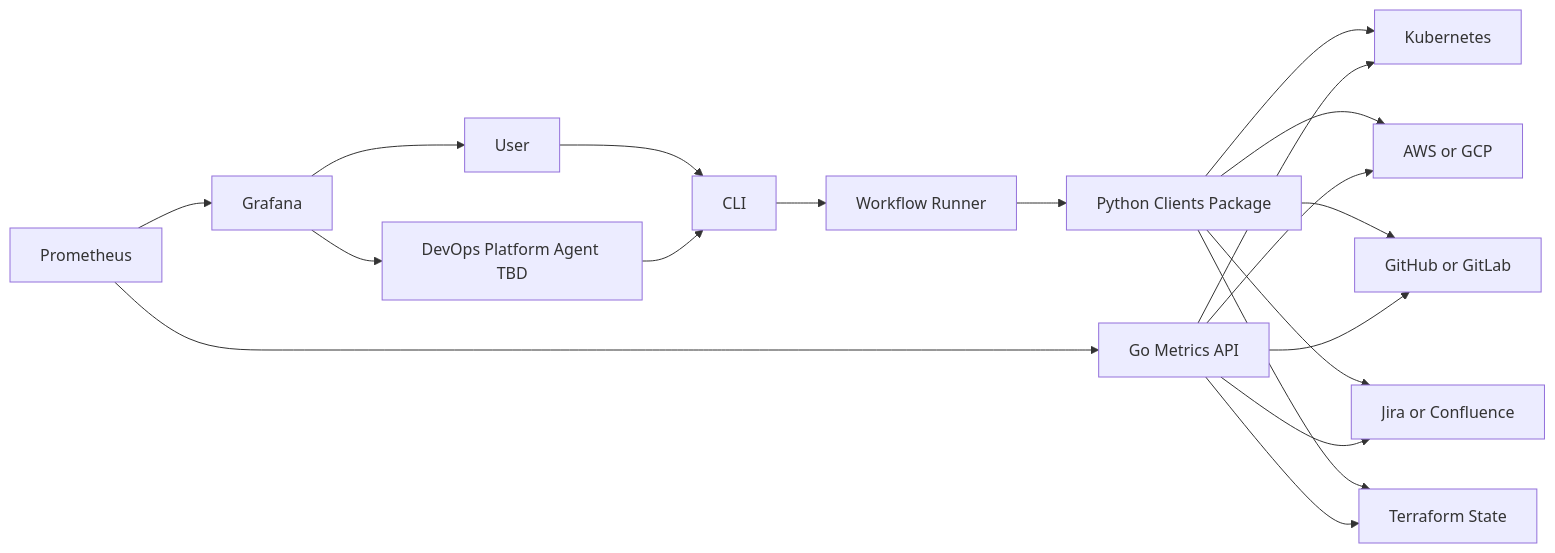
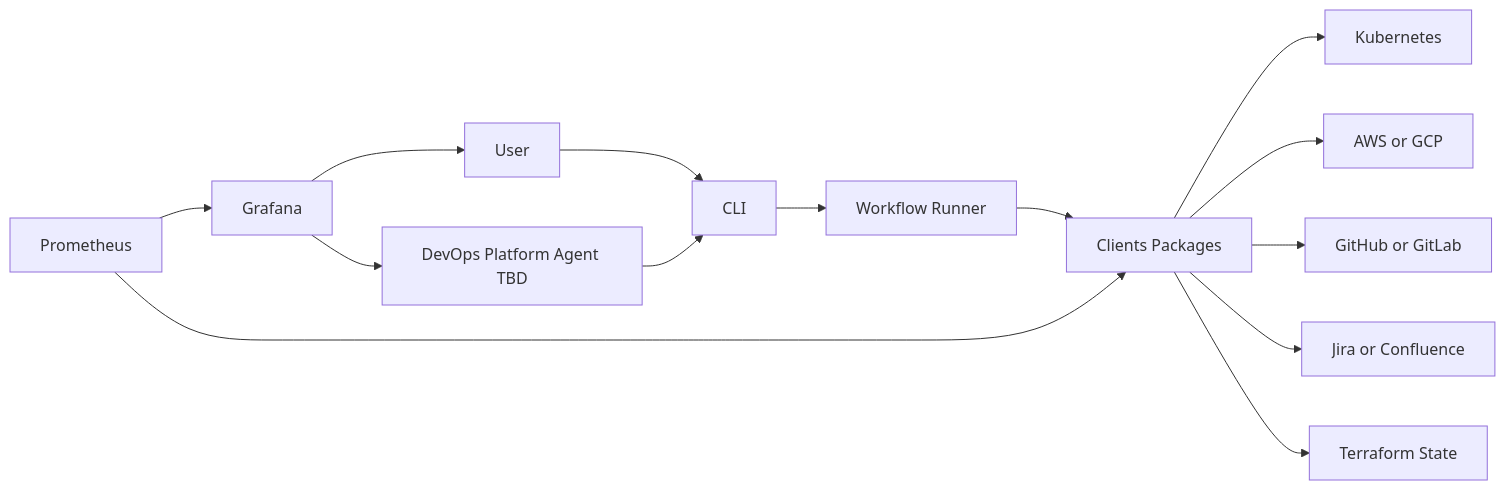
The diagram in Architecture.md (hazemataya94/hape-overview), drawn with Mermaid before and after one commit. The commit also changed other lines of this file, not shown here.

````diff
--- a/Architecture.md
+++ b/Architecture.md
@@ -78,35 +78,29 @@
 ```mermaid
 graph LR
   U[User];
   AG[DevOps Platform Agent TBD];
   CLI[CLI];
   WF[Workflow Runner];
-  PY[Python Clients Package];
-  GO[Go Metrics API];
+  CP[Clients Packages];
   P[Prometheus];
   G[Grafana];
   K[Kubernetes];
   CLOUD[AWS or GCP];
   VCS[GitHub or GitLab];
   WM[Jira or Confluence];
   TF[Terraform State];
 
   U --> CLI;
   AG --> CLI;
   CLI --> WF;
-  WF --> PY;
-  P --> GO;
+  WF --> CP;
+  P --> CP;
   P --> G;
-  PY --> K;
-  PY --> CLOUD;
-  PY --> VCS;
-  PY --> WM;
-  PY --> TF;
-  GO --> K;
-  GO --> CLOUD;
-  GO --> VCS;
-  GO --> WM;
-  GO --> TF;
+  CP --> K;
+  CP --> CLOUD;
+  CP --> VCS;
+  CP --> WM;
+  CP --> TF;
   G --> U;
   G --> AG;
 ```
````
